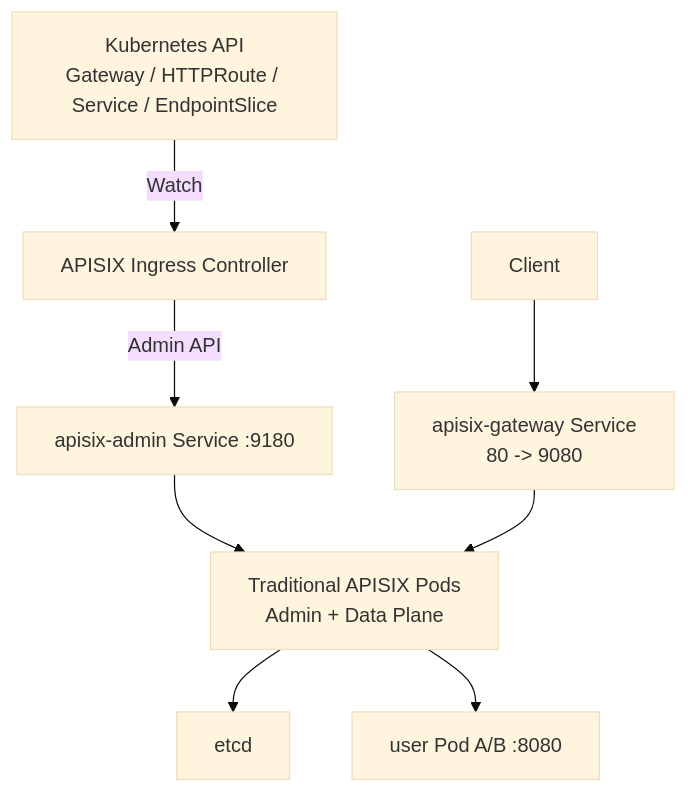
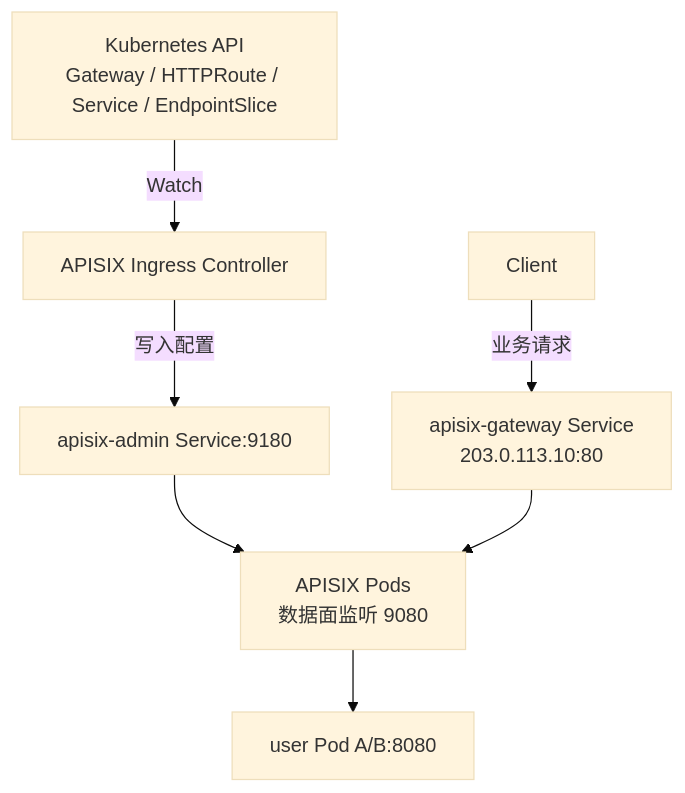
Before and after one commit to hotttao/ddd-learn: the diagram in docs/wiki/gateway/003_apisix.md, drawn with Mermaid (base theme). The commit also changed other lines of this file and 17 other files, not shown here.

````diff
--- a/docs/wiki/gateway/003_apisix.md
+++ b/docs/wiki/gateway/003_apisix.md
@@ -199,19 +71,17 @@
 ```mermaid
 flowchart TB
     API[Kubernetes API<br/>Gateway / HTTPRoute / Service / EndpointSlice]
     IC[APISIX Ingress Controller]
-    ADMIN[apisix-admin Service :9180]
-    AP[Traditional APISIX Pods<br/>Admin + Data Plane]
-    ETCD[etcd]
-    GW[apisix-gateway Service<br/>80 -> 9080]
+    ADMIN[apisix-admin Service:9180]
+    AP[APISIX Pods<br/>数据面监听 9080]
+    GW[apisix-gateway Service<br/>203.0.113.10:80]
     C[Client]
-    U[user Pod A/B :8080]
+    U[user Pod A/B:8080]
 
     API -->|Watch| IC
-    IC -->|Admin API| ADMIN
+    IC -->|写入配置| ADMIN
     ADMIN --> AP
-    AP --> ETCD
-    C --> GW
+    C -->|业务请求| GW
     GW --> AP
     AP --> U
 ```
````
